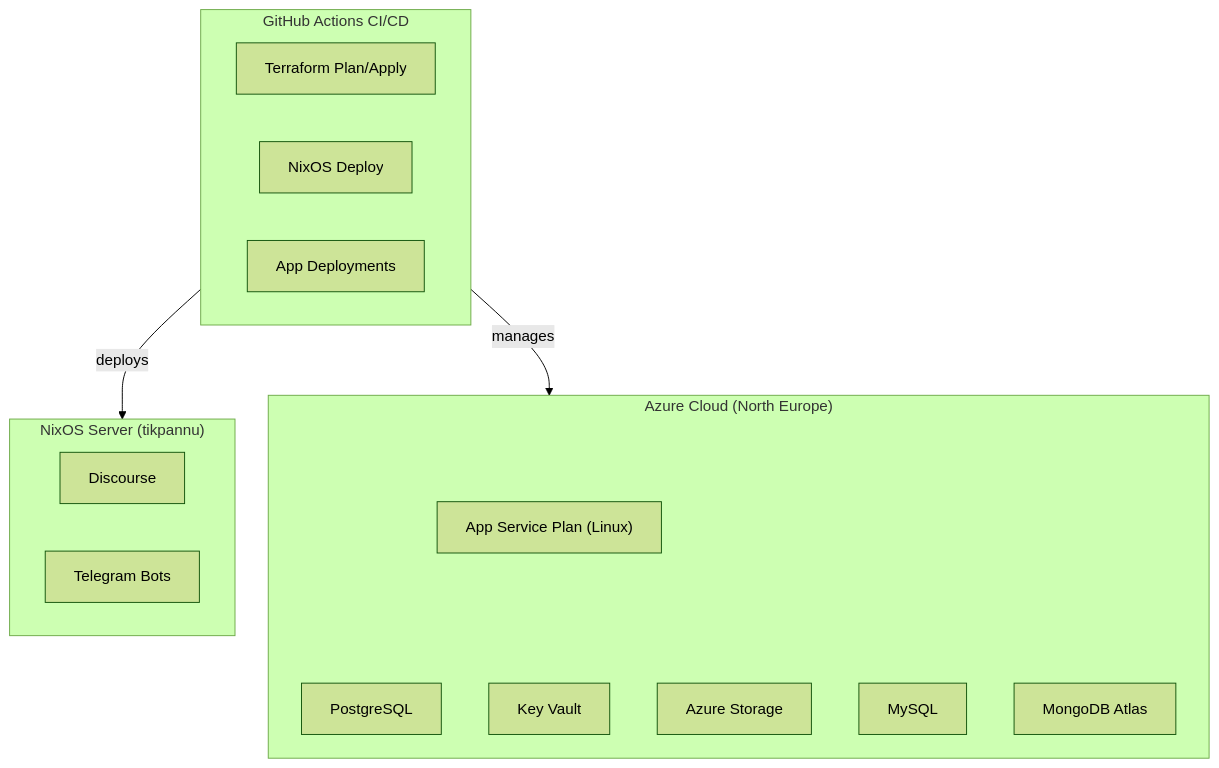
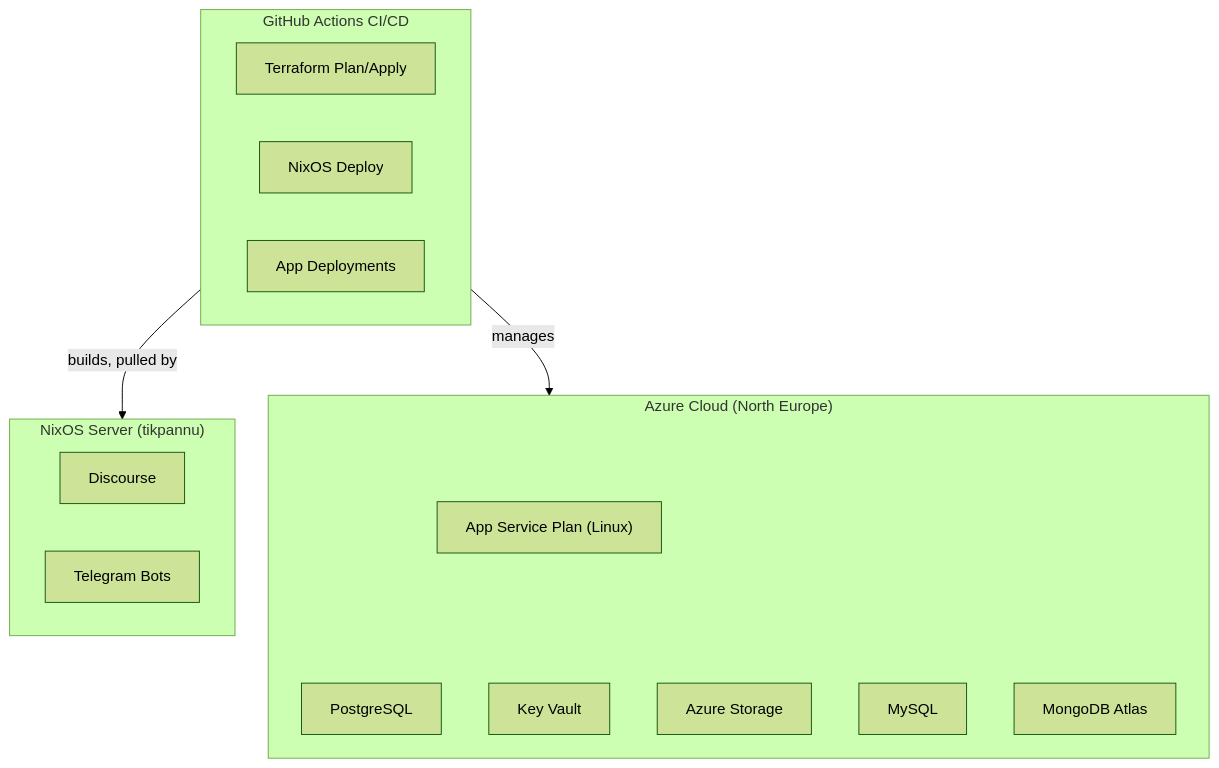
The first of 4 diagrams in docs/ARCHITECTURE.md (Tietokilta/infra), drawn with Mermaid (forest theme) before and after one commit. The commit also changed other lines of this file and 12 other files, not shown here.

````diff
--- a/docs/ARCHITECTURE.md
+++ b/docs/ARCHITECTURE.md
@@ -7,26 +7,26 @@
 ```mermaid
 graph TB
     subgraph Azure["Azure Cloud (North Europe)"]
         ASP["App Service Plan (Linux)"]
         PG[PostgreSQL]
         KV[Key Vault]
         Storage[Azure Storage]
         MySQL[MySQL]
         Mongo[MongoDB Atlas]
     end
 
     subgraph Tikpannu["NixOS Server (tikpannu)"]
         Discourse
         Bots[Telegram Bots]
     end
 
     subgraph CI["GitHub Actions CI/CD"]
         TF[Terraform Plan/Apply]
         Nix[NixOS Deploy]
         AppDeploy[App Deployments]
     end
 
     CI -->|manages| Azure
-    CI -->|deploys| Tikpannu
+    CI -->|builds, pulled by| Tikpannu
     Azure --- KV
 ```
````
